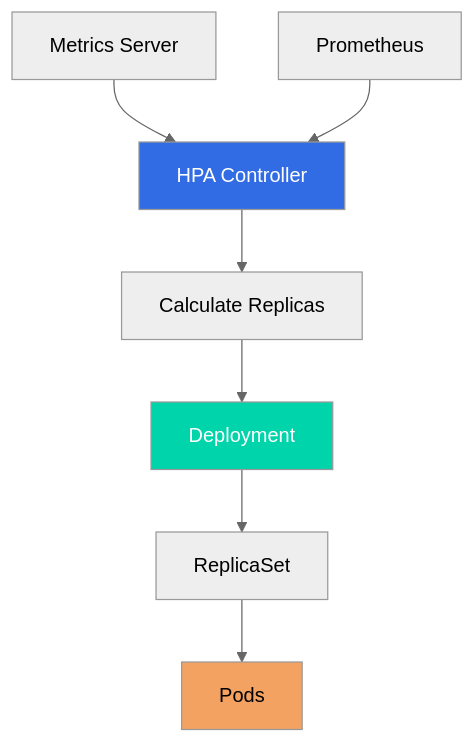
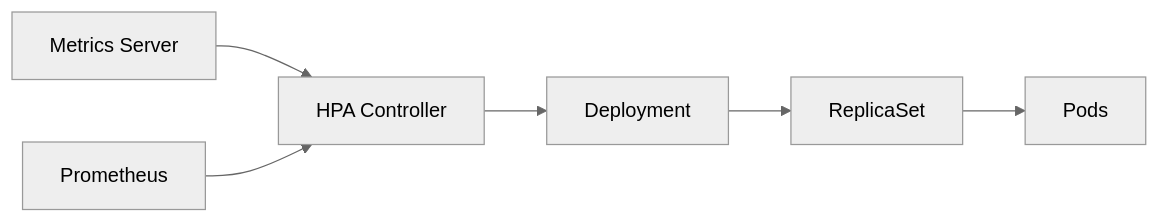
One commit to jayeshjd555/Kubernetes changed diagram 28 of 33 in README.md. Above: the diagram before and after it, drawn with Mermaid (neutral theme). The commit also changed other lines of this file, not shown here.

Commit message:
update diagram

````diff
--- a/README.md
+++ b/README.md
@@ -10735,13 +10735,8 @@
 ```mermaid
-flowchart TB
-    MS[Metrics Server] --> HPA[HPA Controller]
-    PM[Prometheus] --> HPA
-    HPA --> Calc[Calculate Replicas]
-    Calc --> Dep[Deployment]
-    Dep --> RS[ReplicaSet]
-    RS --> Pods[Pods]
-    
-    style HPA fill:#326ce5,color:#fff
-    style Dep fill:#00d4aa,color:#fff
-    style Pods fill:#f4a261,color:#000
+graph LR
+    A[Metrics Server] --> B[HPA Controller]
+    C[Prometheus] --> B
+    B --> D[Deployment]
+    D --> E[ReplicaSet]
+    E --> F[Pods]
 ```
````
